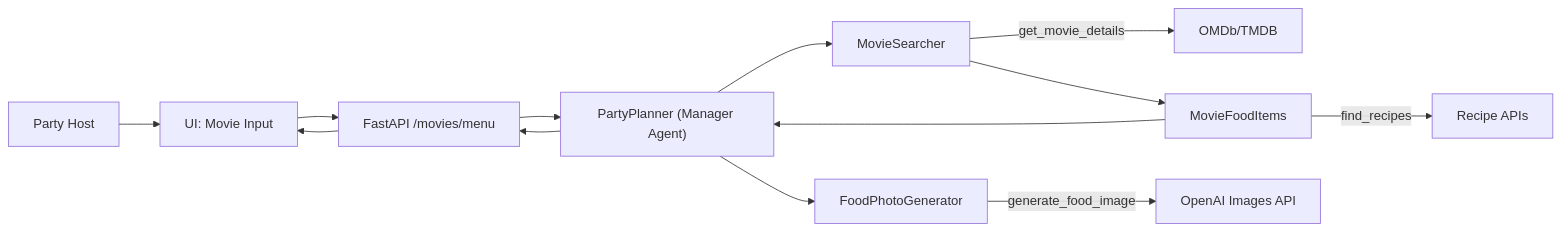
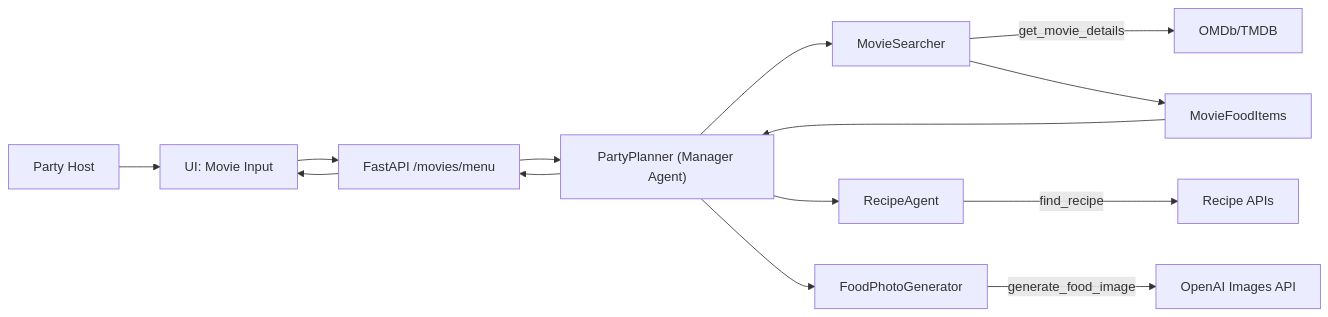
One commit to abhishekbasu/flickfeast changed the diagram in agents-setup.mmd. Above: the diagram before and after it, drawn with Mermaid. The commit also changed 8 other files, not shown here.

Commit message:
Add splash, caching, and recipe agent updates

```diff
--- a/agents-setup.mmd
+++ b/agents-setup.mmd
@@ -1,13 +1,14 @@
 flowchart LR
     Host["Party Host"] --> UI["UI: Movie Input"]
     UI --> API["FastAPI /movies/menu"]
     API --> Manager["PartyPlanner (Manager Agent)"]
     Manager --> Searcher["MovieSearcher"]
     Searcher -->|"get_movie_details"| MovieAPI["OMDb/TMDB"]
     Searcher --> Food["MovieFoodItems"]
-    Food -->|"find_recipes"| Recipes["Recipe APIs"]
+    Manager --> Recipe["RecipeAgent"]
+    Recipe -->|"find_recipe"| Recipes["Recipe APIs"]
     Manager --> Photos["FoodPhotoGenerator"]
     Photos -->|"generate_food_image"| OpenAIImages["OpenAI Images API"]
     Food --> Manager
     Manager --> API
     API --> UI
```
